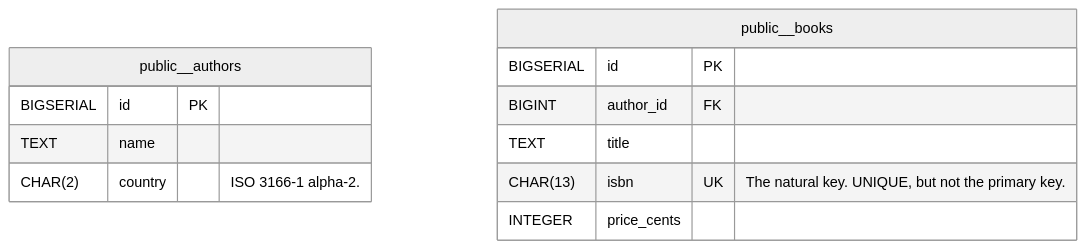
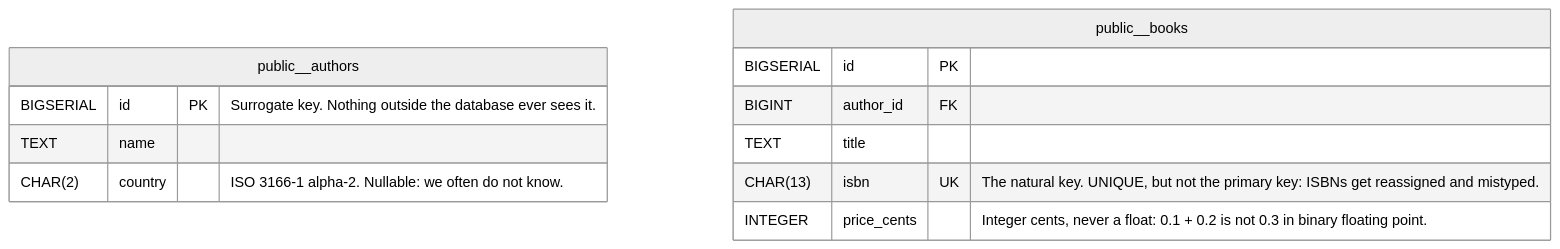
One commit to zemarsil/DatabaseVisualizer changed the second of 3 diagrams in docs/walkthroughs/14-export-share-and-save.md. Above: the diagram before and after it, drawn with Mermaid (neutral theme). The commit also changed other lines of this file and 43 other files, not shown here.

````diff
--- a/docs/walkthroughs/14-export-share-and-save.md
+++ b/docs/walkthroughs/14-export-share-and-save.md
@@ -172,15 +196,15 @@
 ```mermaid
 erDiagram
     public__authors {
-        BIGSERIAL id PK
+        BIGSERIAL id PK "Surrogate key. Nothing outside the database ever sees it."
         TEXT name
-        CHAR(2) country "ISO 3166-1 alpha-2."
+        CHAR(2) country "ISO 3166-1 alpha-2. Nullable: we often do not know."
     }
     public__books {
         BIGSERIAL id PK
         BIGINT author_id FK
         TEXT title
-        CHAR(13) isbn UK "The natural key. UNIQUE, but not the primary key."
-        INTEGER price_cents
+        CHAR(13) isbn UK "The natural key. UNIQUE, but not the primary key: ISBNs get reassigned and mistyped."
+        INTEGER price_cents "Integer cents, never a float: 0.1 + 0.2 is not 0.3 in binary floating point."
     }
 ```
````
